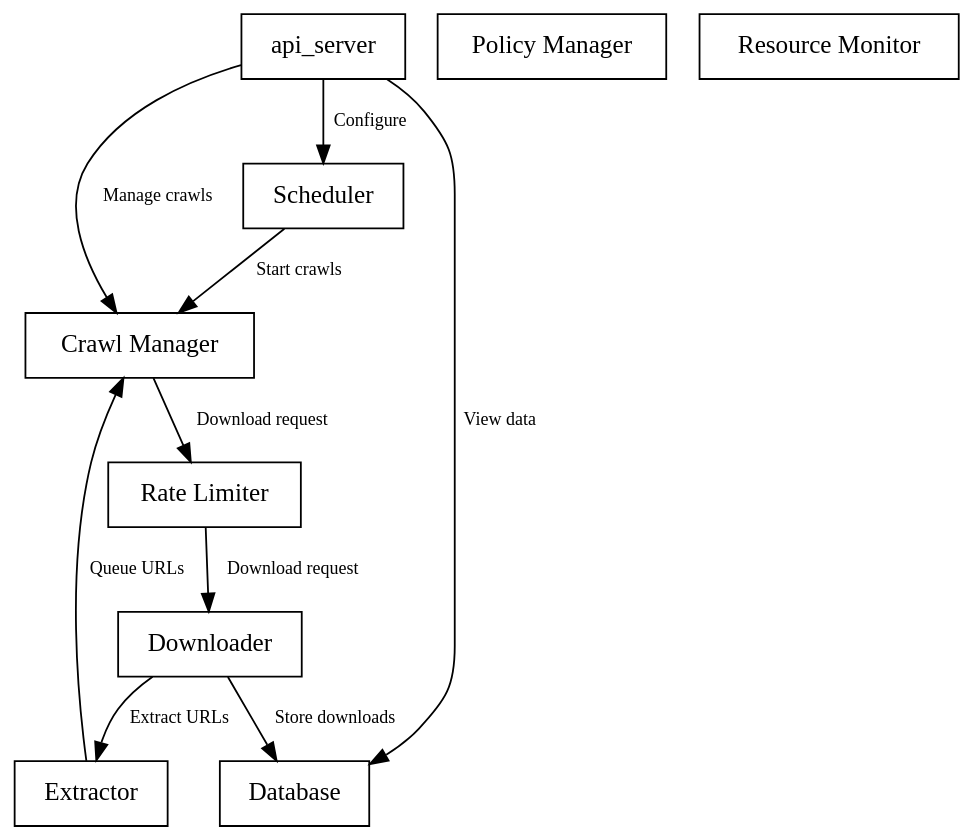
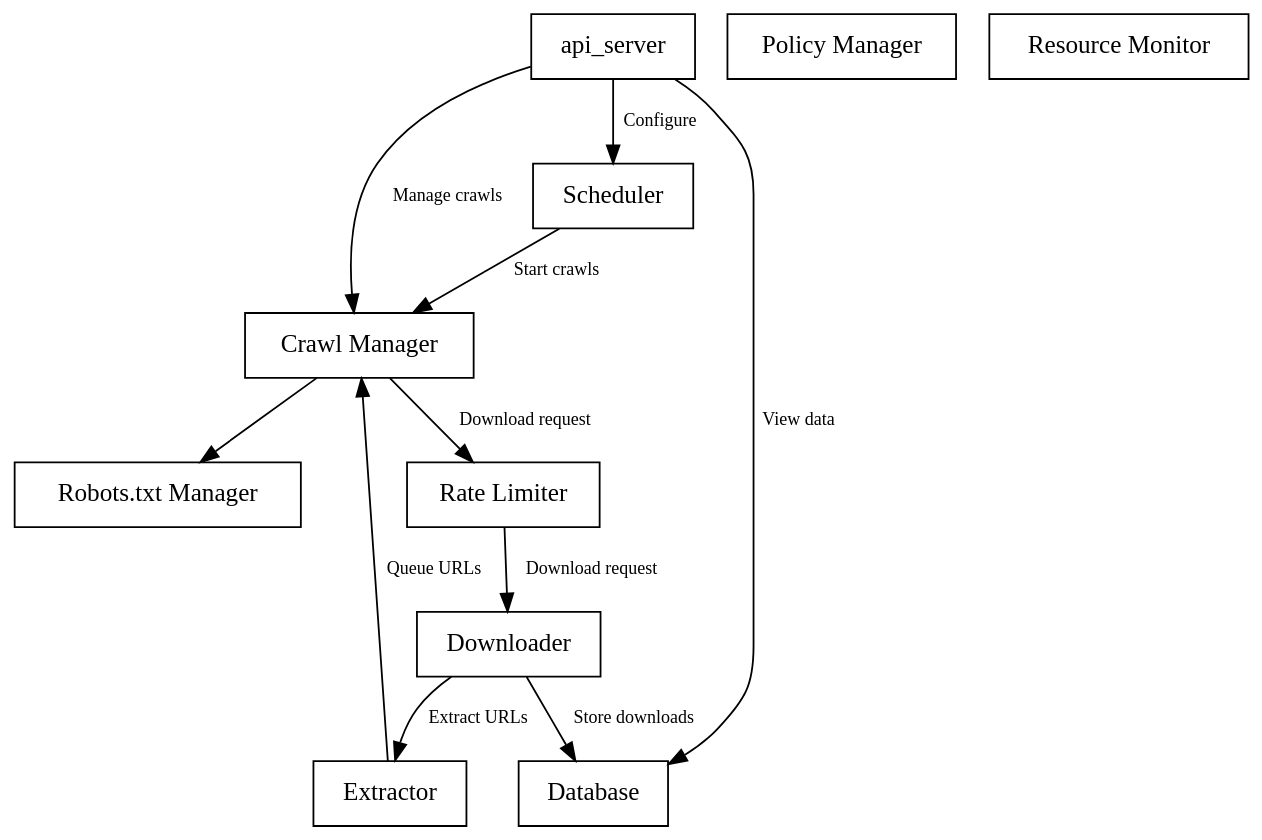
One commit to HyperionGray/starbelly changed the second of 2 diagrams in docs/internals.rst. Above: the diagram before and after it, drawn with Graphviz. The commit also changed other lines of this file and 10 other files, not shown here.

First line of the commit message:
Migrate robots.txt manager to Trio

```diff
--- a/docs/internals.rst
+++ b/docs/internals.rst
@@ -73,29 +73,31 @@
 .. graphviz::
 
     digraph system_diagram {
         graph [bgcolor=transparent];
         node [shape=box];
         edge [fontsize=10];
 
         // Nodes
         api_server;
         crawl_manager [label="Crawl Manager"];
         policy_manager [label="Policy Manager",href="#policy"];
         rate_limiter [label="Rate Limiter",href="#rate-limiter"];
         downloader [label="Downloader",href="#downloader"];
         extractor [label="Extractor",href="#extractor"];
         resource_monitor [label="Resource Monitor", href="#resource-monitor"];
         scheduler [label="Scheduler",href="#scheduler"];
-        database [label="Database",href="#database"]
+        database [label="Database",href="#database"];
+        robots_txt [label="Robots.txt Manager",href="#robots-txt"];
 
         // Edges
         api_server -> crawl_manager [label="Manage crawls"];
         api_server -> scheduler [label="Configure"];
         api_server -> database [label="View data"];
         scheduler -> crawl_manager [label="Start crawls"];
         crawl_manager -> rate_limiter [label="Download request"];
+        crawl_manager -> robots_txt;
         rate_limiter -> downloader [label="Download request"];
         downloader -> extractor [label="Extract URLs"];
         downloader -> database [label="Store downloads"];
         extractor -> crawl_manager [label="Queue URLs"];
     }
```
